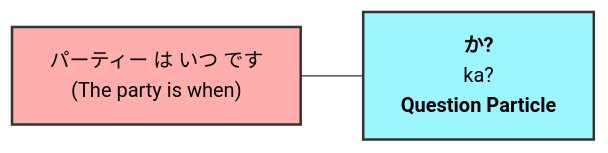
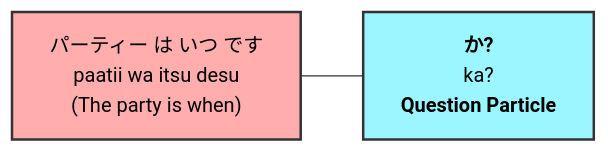
Before and after one commit to shainsethi/n5: diagram 11 of 12 in grammar/grammar-solutions.md, drawn with Mermaid. The commit also changed other lines of this file and 1 other file, not shown here.

Commit message:
feat: add N5 grammar reference and practice solution files with Mermaid diagrams

````diff
--- a/grammar/grammar-solutions.md
+++ b/grammar/grammar-solutions.md
@@ -154,6 +154,6 @@
 ```mermaid
 graph LR
-    Aff["パーティー は いつ です<br/>(The party is when)"] --- Q["<b>か?</b><br/>ka?<br/><b>Question Particle</b>"]
+    Aff["パーティー は いつ です<br/>paatii wa itsu desu<br/>(The party is when)"] --- Q["<b>か?</b><br/>ka?<br/><b>Question Particle</b>"]
     style Aff fill:#ffadad,stroke:#333,stroke-width:2px,color:#000
     style Q fill:#9bf6ff,stroke:#333,stroke-width:2px,color:#000
 ```
````
